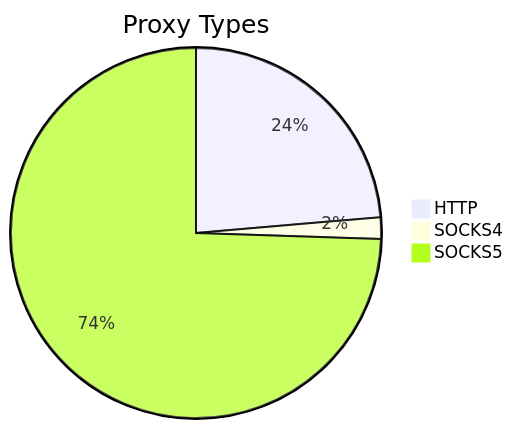
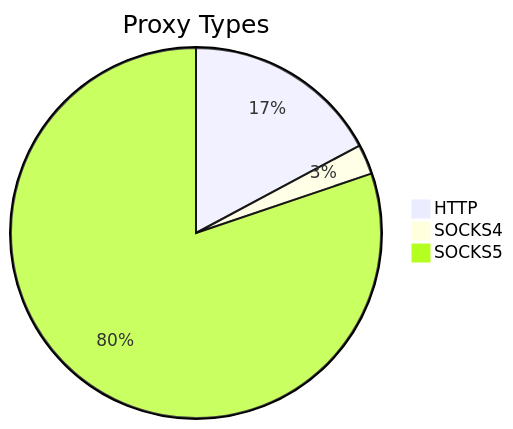
Before and after one commit to stormsia/proxy-list: the first of 2 diagrams in README.md, drawn with Mermaid. The commit also changed other lines of this file, not shown here.

````diff
--- a/README.md
+++ b/README.md
@@ -21,6 +21,6 @@
 ```mermaid
 pie title Proxy Types
-    "HTTP" : 113
-    "SOCKS4" : 9
-    "SOCKS5" : 356
+    "HTTP" : 105
+    "SOCKS4" : 16
+    "SOCKS5" : 490
 ```
````
